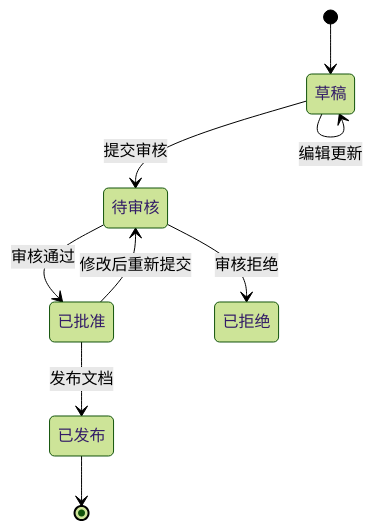
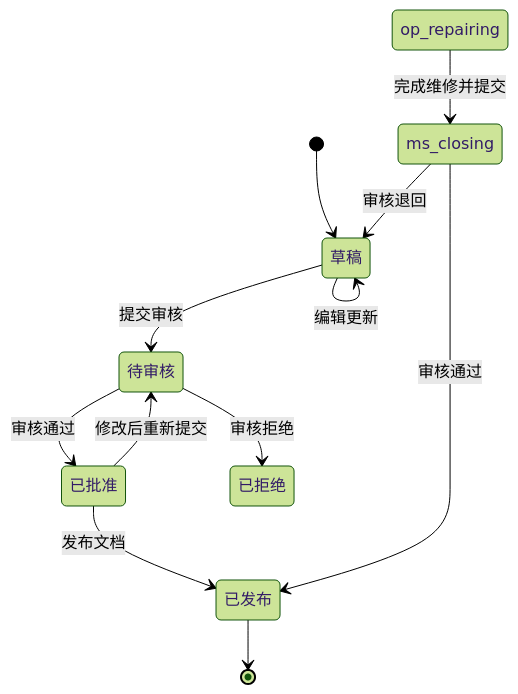
Before and after one commit to CubeEdge/Longhorn: the fifth of 8 diagrams in .qoder/repowiki/zh/content/前端组件架构/服务工作流增强/运营维修报告编辑器.md, drawn with Mermaid (forest theme). The commit also changed other lines of this file and 3 other files, not shown here.

````diff
--- a/.qoder/repowiki/zh/content/前端组件架构/服务工作流增强/运营维修报告编辑器.md
+++ b/.qoder/repowiki/zh/content/前端组件架构/服务工作流增强/运营维修报告编辑器.md
@@ -207,11 +257,14 @@
 ```mermaid
 stateDiagram-v2
 [*] --> 草稿
 草稿 --> 待审核 : 提交审核
 待审核 --> 已批准 : 审核通过
 待审核 --> 已拒绝 : 审核拒绝
 已批准 --> 已发布 : 发布文档
 已发布 --> [*]
 草稿 --> 草稿 : 编辑更新
 已批准 --> 待审核 : 修改后重新提交
+op_repairing --> ms_closing : 完成维修并提交
+ms_closing --> 草稿 : 审核退回
+ms_closing --> 已发布 : 审核通过
 ```
````
